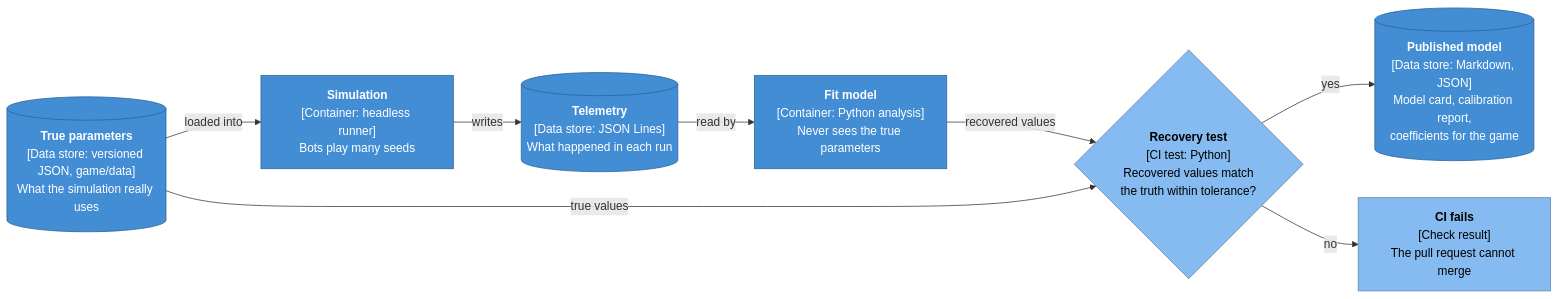
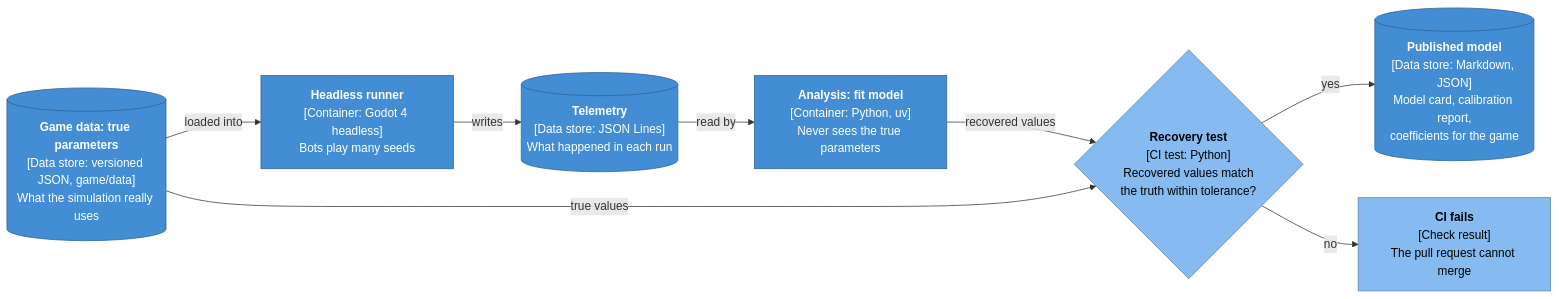
The seventh of 7 diagrams in docs/architecture/overview.md (Huntling94/tallow), drawn with Mermaid before and after one commit. The commit also changed other lines of this file and 2 other files, not shown here.

````diff
--- a/docs/architecture/overview.md
+++ b/docs/architecture/overview.md
@@ -230,17 +232,17 @@
 ```mermaid
 flowchart LR
-    truth[("<b>True parameters</b><br/>[Data store: versioned JSON, game/data]<br/>What the simulation really uses")] -- "loaded into" --> sim["<b>Simulation</b><br/>[Container: headless runner]<br/>Bots play many seeds"]
+    truth[("<b>Game data: true parameters</b><br/>[Data store: versioned JSON, game/data]<br/>What the simulation really uses")] -- "loaded into" --> sim["<b>Headless runner</b><br/>[Container: Godot 4 headless]<br/>Bots play many seeds"]
     sim -- "writes" --> tel[("<b>Telemetry</b><br/>[Data store: JSON Lines]<br/>What happened in each run")]
-    tel -- "read by" --> fit["<b>Fit model</b><br/>[Container: Python analysis]<br/>Never sees the true parameters"]
+    tel -- "read by" --> fit["<b>Analysis: fit model</b><br/>[Container: Python, uv]<br/>Never sees the true parameters"]
     fit -- "recovered values" --> check{"<b>Recovery test</b><br/>[CI test: Python]<br/>Recovered values match<br/>the truth within tolerance?"}
     truth -- "true values" --> check
     check -- "yes" --> ship[("<b>Published model</b><br/>[Data store: Markdown, JSON]<br/>Model card, calibration report,<br/>coefficients for the game")]
     check -- "no" --> fail["<b>CI fails</b><br/>[Check result]<br/>The pull request cannot merge"]
 
     classDef container fill:#438dd5,color:#fff,stroke:#2e6295
     classDef store fill:#438dd5,color:#fff,stroke:#2e6295
     classDef test fill:#85bbf0,color:#000,stroke:#5d82a8
     class sim,fit container
     class truth,tel,ship store
     class check,fail test
 ```
````
